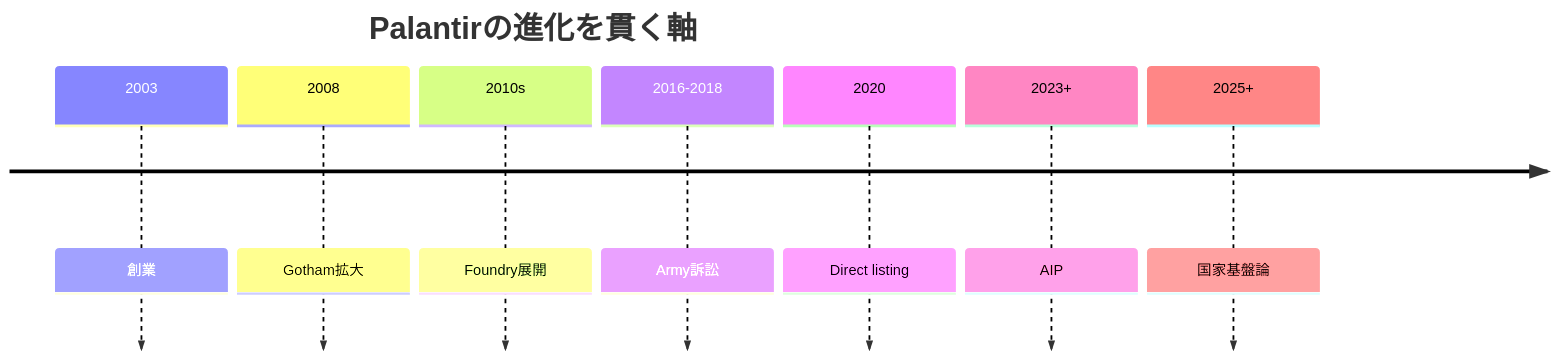
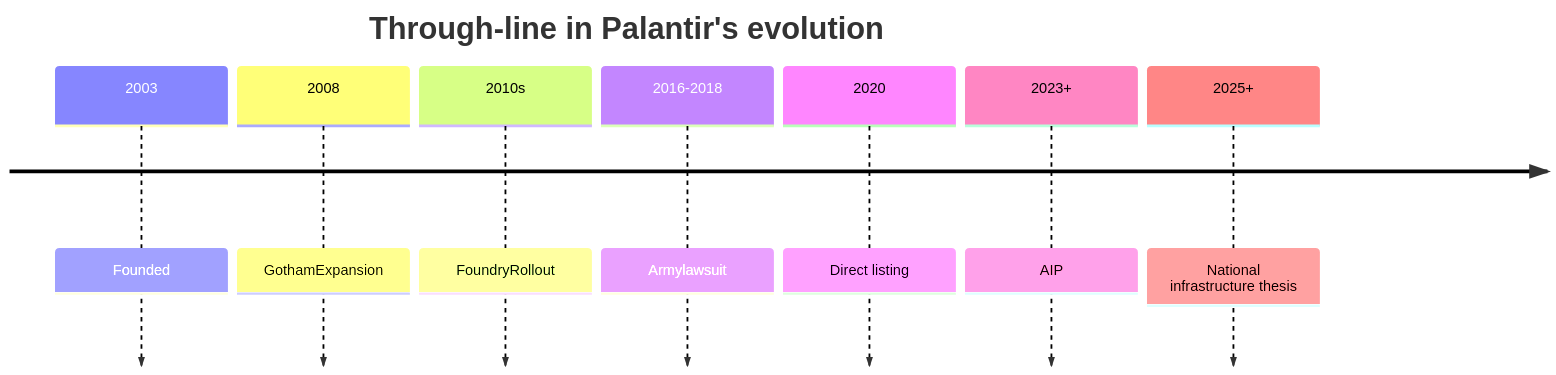
One commit to daylight55/research changed the second of 5 diagrams in content/blog/en/palantir-operational-ai-platform.mdx. Above: the diagram before and after it, drawn with Mermaid. The commit also changed other lines of this file and 26 other files, not shown here.

Commit message:
Translate English Mermaid labels

````diff
--- a/content/blog/en/palantir-operational-ai-platform.mdx
+++ b/content/blog/en/palantir-operational-ai-platform.mdx
@@ -55,11 +55,11 @@
 ```mermaid
 timeline
-  title Palantirの進化を貫く軸
-  2003 : 創業
-  2008 : Gotham拡大
-  2010s : Foundry展開
-  2016-2018 : Army訴訟
+  title Through-line in Palantir's evolution
+  2003 : Founded
+  2008 : GothamExpansion
+  2010s : FoundryRollout
+  2016-2018 : Armylawsuit
   2020 : Direct listing
   2023+ : AIP
-  2025+ : 国家基盤論
+  2025+ : National infrastructure thesis
 ```
````
